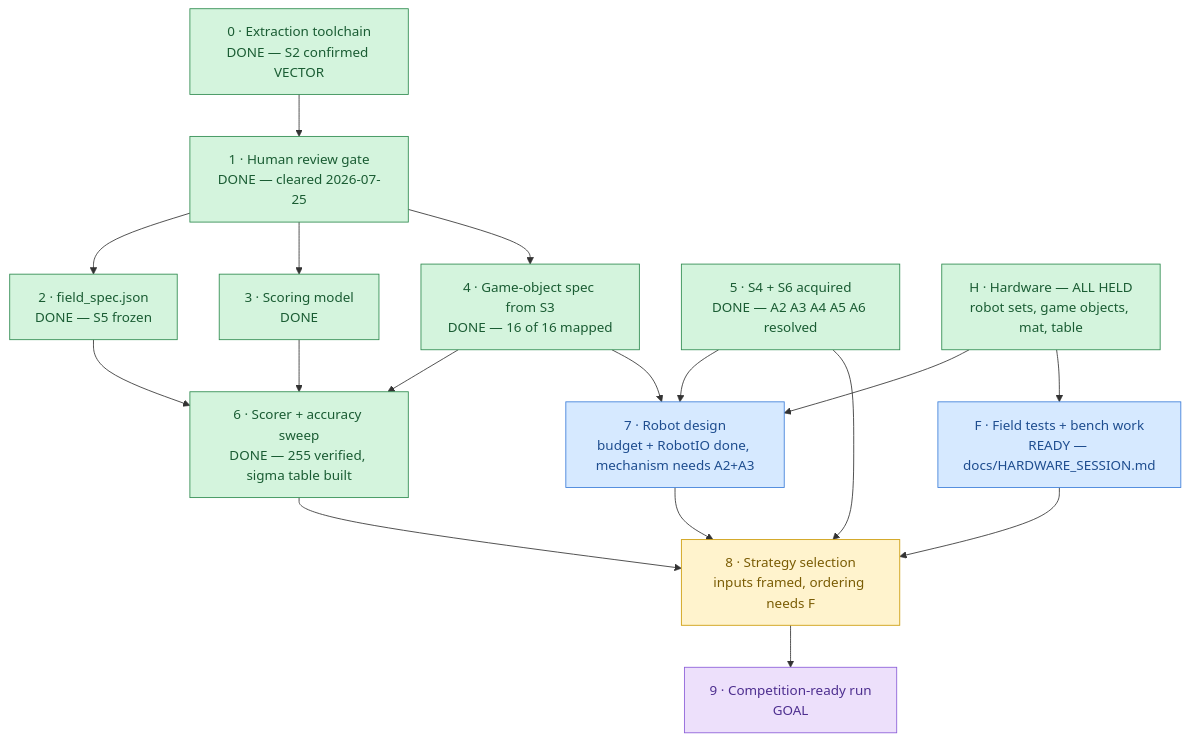
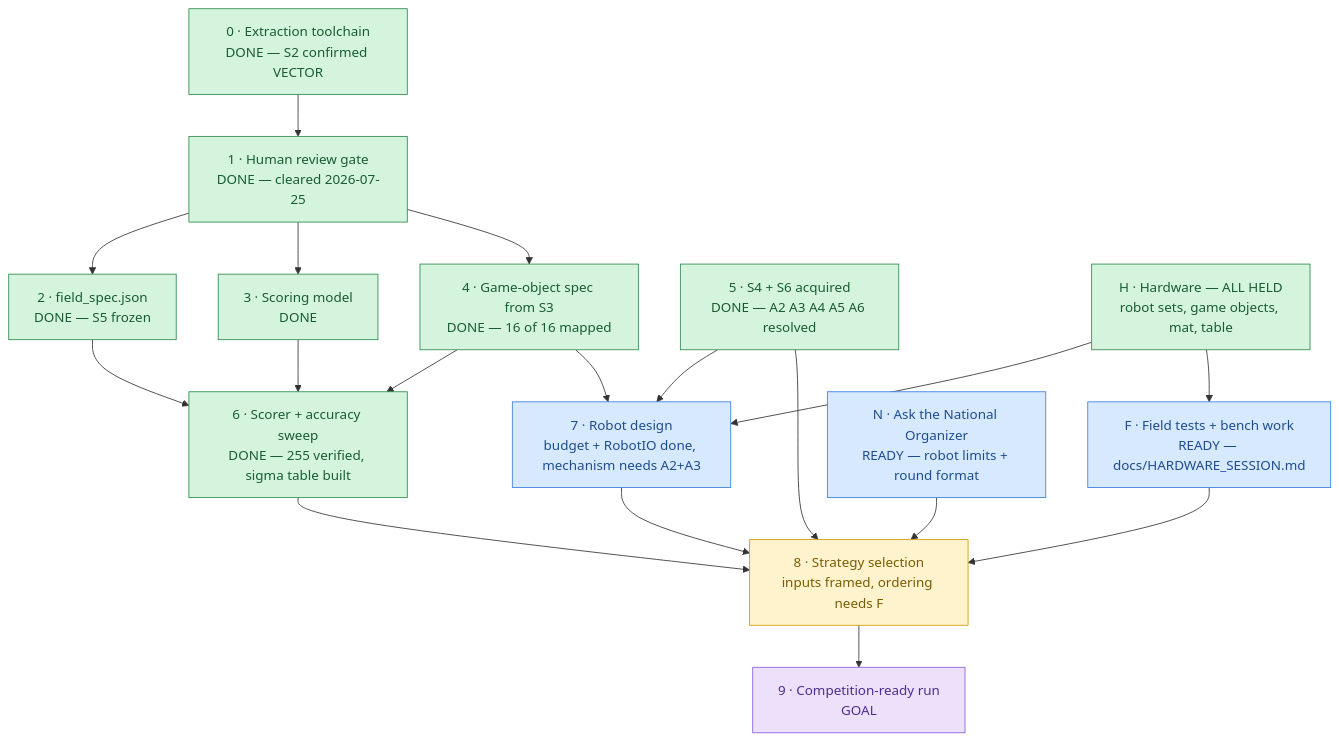
The diagram in docs/plans/ROADMAP.md (lumduan/wro-2026), drawn with Mermaid before and after one commit. The commit also changed other lines of this file and 12 other files, not shown here.

````diff
--- a/docs/plans/ROADMAP.md
+++ b/docs/plans/ROADMAP.md
@@ -7,33 +12,34 @@
 ```mermaid
 flowchart TD
     P0["0 · Extraction toolchain<br/>DONE — S2 confirmed VECTOR"] --> P1["1 · Human review gate<br/>DONE — cleared 2026-07-25"]
     P1 --> P2["2 · field_spec.json<br/>DONE — S5 frozen"]
     P1 --> P3["3 · Scoring model<br/>DONE"]
     P1 --> P4["4 · Game-object spec from S3<br/>DONE — 16 of 16 mapped"]
     P2 --> P6["6 · Scorer + accuracy sweep<br/>DONE — 255 verified, sigma table built"]
     P3 --> P6
     P4 --> P6
     P5["5 · S4 + S6 acquired<br/>DONE — A2 A3 A4 A5 A6 resolved"] --> P7["7 · Robot design<br/>budget + RobotIO done, mechanism needs A2+A3"]
     P4 --> P7
     HW["H · Hardware — ALL HELD<br/>robot sets, game objects, mat, table"] --> P7
     HW --> FT["F · Field tests + bench work<br/>READY — docs/HARDWARE_SESSION.md"]
     P6 --> P8["8 · Strategy selection<br/>inputs framed, ordering needs F"]
     P7 --> P8
     P5 --> P8
     FT --> P8
+    NO["N · Ask the National Organizer<br/>READY — robot limits + round format"] --> P8
     P8 --> P9["9 · Competition-ready run<br/>GOAL"]
 
     classDef done     fill:#d4f4dd,stroke:#2d8a4e,color:#1a5c33
     classDef active   fill:#fff3cd,stroke:#cc9a06,color:#7a5c04
     classDef ready    fill:#d6e9ff,stroke:#3b7dd8,color:#1e4d8f
     classDef blocked  fill:#f0f0f0,stroke:#888,color:#555
     classDef decision fill:#fde0e0,stroke:#d05555,color:#8f2e2e
     classDef goal     fill:#ede0fb,stroke:#8a5cd8,color:#4d2e8f
 
     class P0,P1,P2,P3,P4,P5,P6 done
-    class P7 ready
+    class P7,NO ready
     class HW done
     class P8 active
     class FT ready
     class P9 goal
 ```
````
